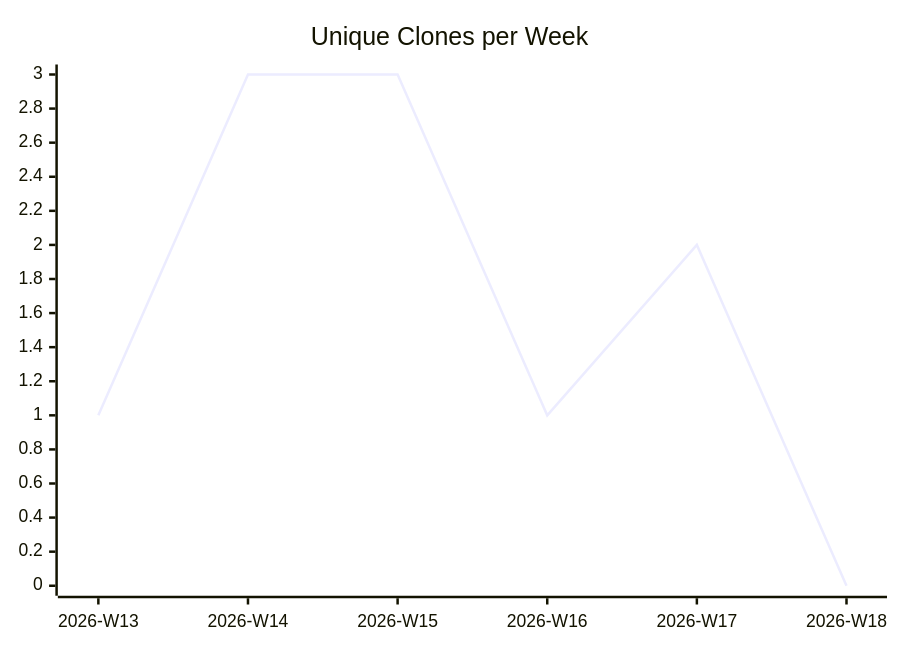
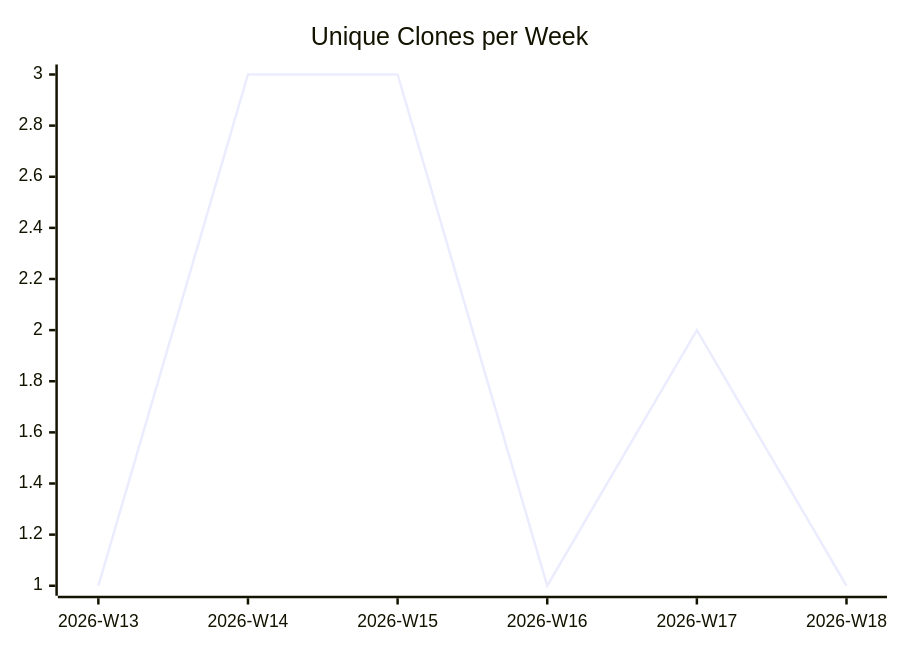
One commit to justdavis-family/github-analytics-data changed the third of 3 diagrams in karlmdavis/puppet-sonar/README.md. Above: the diagram before and after it, drawn with Mermaid. The commit also changed other lines of this file and 184 other files, not shown here.

````diff
--- a/karlmdavis/puppet-sonar/README.md
+++ b/karlmdavis/puppet-sonar/README.md
@@ -19,6 +19,6 @@
 ```mermaid
 xychart-beta
   title "Unique Clones per Week"
   x-axis ["2026-W13", "2026-W14", "2026-W15", "2026-W16", "2026-W17", "2026-W18"]
-  line [1, 3, 3, 1, 2, 0]
+  line [1, 3, 3, 1, 2, 1]
 ```
````
